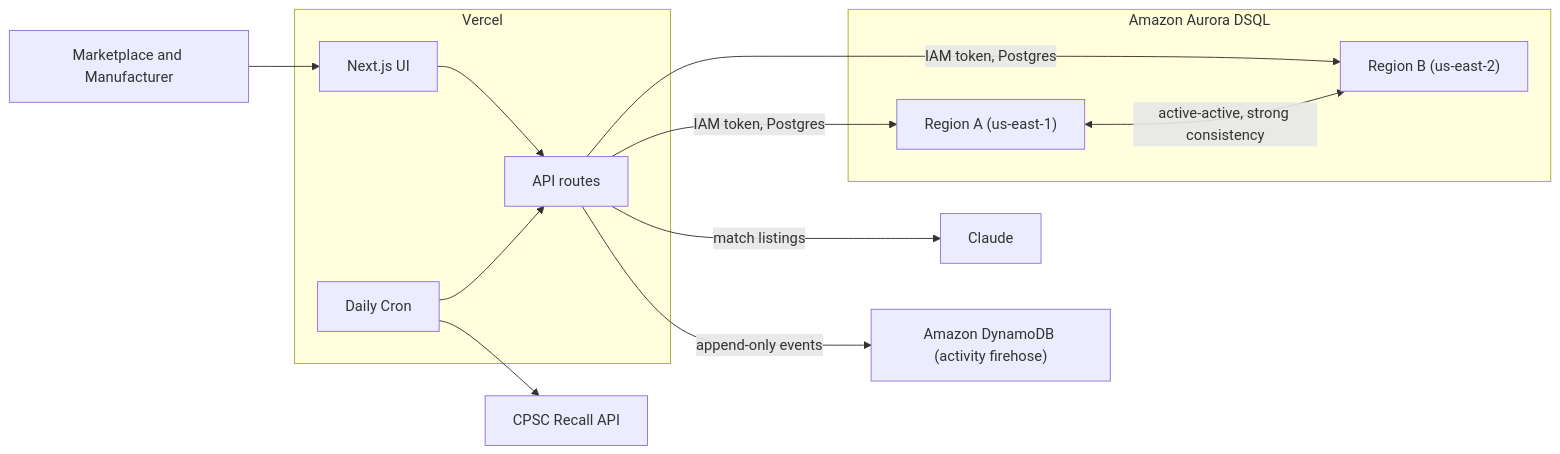
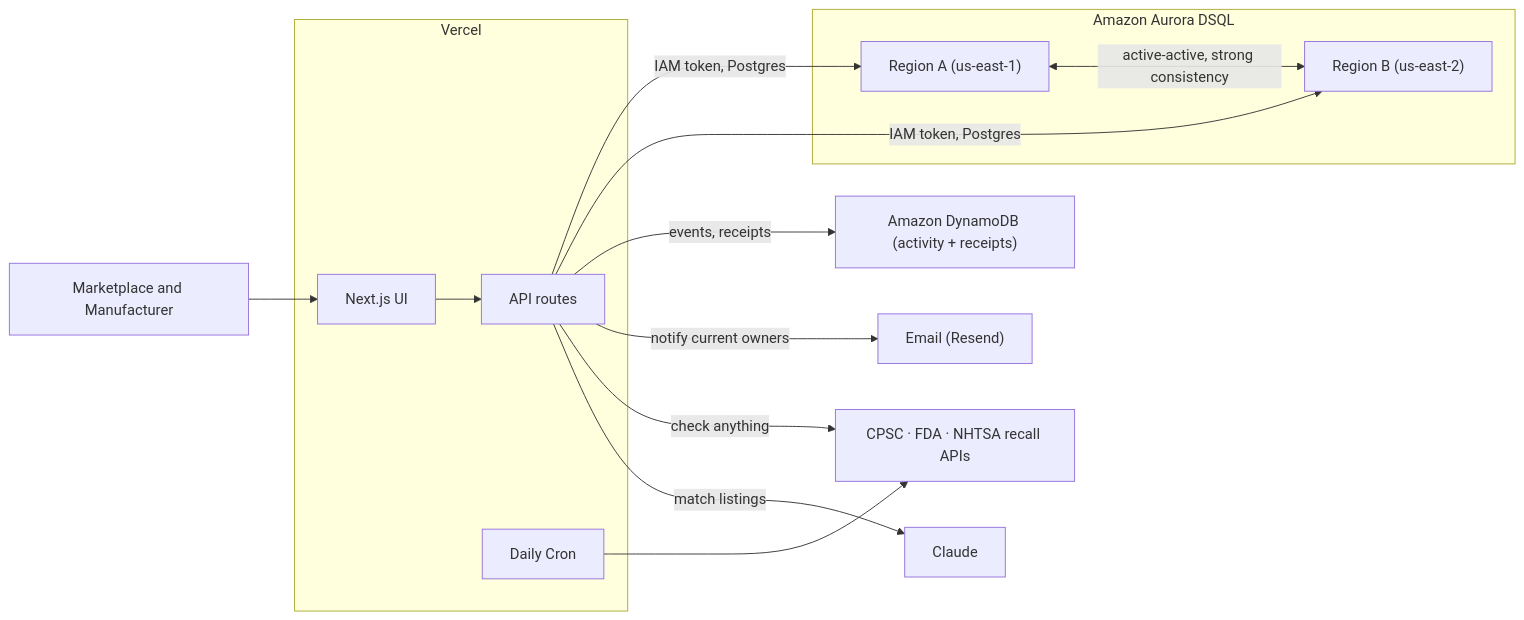
The first of 2 diagrams in docs/architecture.md (usv240/safestate), drawn with Mermaid before and after one commit. The commit also changed other lines of this file and 1 other file, not shown here.

Commit message:
Update README and architecture for new features and second database

````diff
--- a/docs/architecture.md
+++ b/docs/architecture.md
@@ -16,28 +17,30 @@
 ```mermaid
 flowchart LR
   Users["Marketplace and Manufacturer"]
 
   subgraph Vercel
     UI["Next.js UI"]
     API["API routes"]
     Cron["Daily Cron"]
   end
 
   subgraph DSQL["Amazon Aurora DSQL"]
     A["Region A (us-east-1)"]
     B["Region B (us-east-2)"]
   end
 
-  CPSC["CPSC Recall API"]
+  DDB["Amazon DynamoDB (activity + receipts)"]
+  Recalls["CPSC · FDA · NHTSA recall APIs"]
   Claude["Claude"]
-  DDB["Amazon DynamoDB (activity firehose)"]
+  Email["Email (Resend)"]
 
   Users --> UI --> API
   API -->|"IAM token, Postgres"| A
   API -->|"IAM token, Postgres"| B
   A <-->|"active-active, strong consistency"| B
-  API -->|"append-only events"| DDB
-  Cron --> CPSC
-  Cron --> API
+  API -->|"events, receipts"| DDB
+  API -->|"notify current owners"| Email
+  API -->|"check anything"| Recalls
+  Cron --> Recalls
   API -->|"match listings"| Claude
 ```
````
